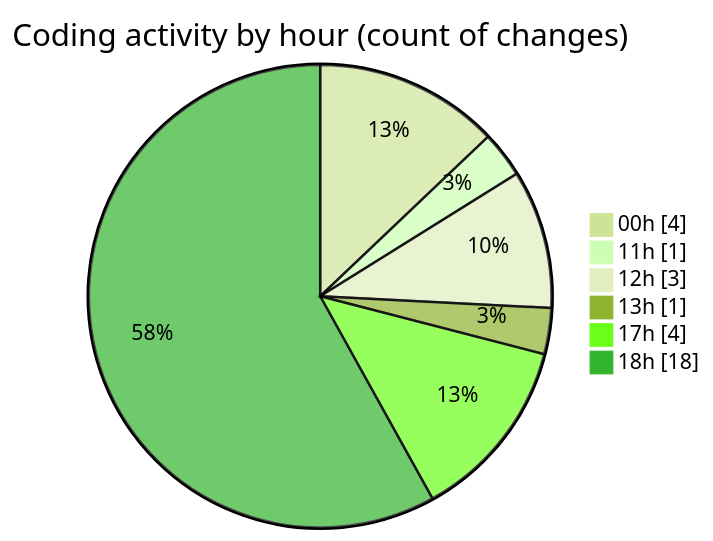
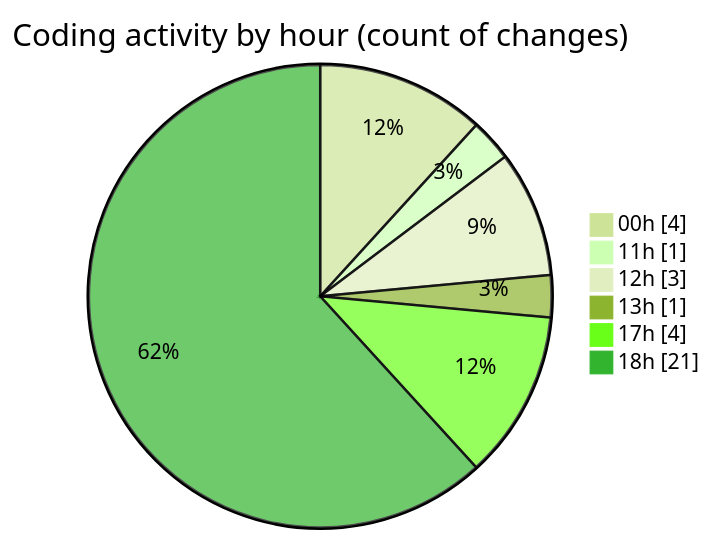
The second of 2 diagrams in 2025-11-19/eventscop-api-guide__workspace_/README.md (julien-gomy/code-tracking), drawn with Mermaid (forest theme) before and after one commit. The commit also changed other lines of this file and 1 other file, not shown here.

````diff
--- a/2025-11-19/eventscop-api-guide__workspace_/README.md
+++ b/2025-11-19/eventscop-api-guide__workspace_/README.md
@@ -33,10 +33,10 @@
 ```mermaid
 pie showData
 title Coding activity by hour (count of changes)
 "00h" : 4
 "11h" : 1
 "12h" : 3
 "13h" : 1
 "17h" : 4
-"18h" : 18
+"18h" : 21
 ```
````
